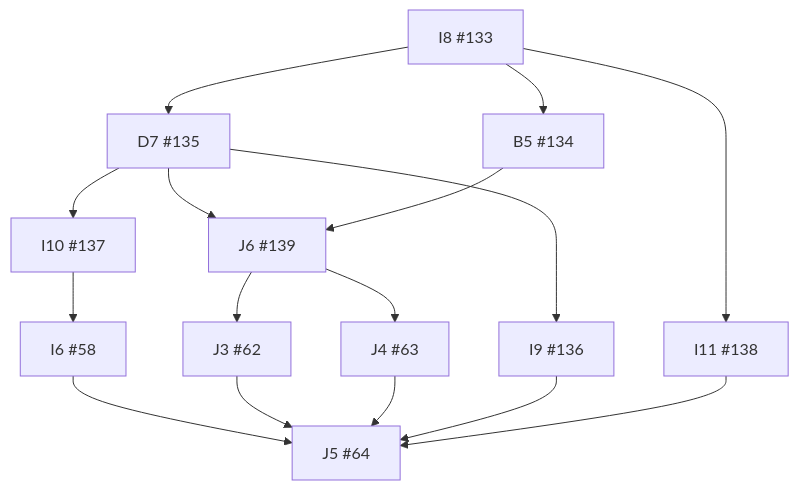
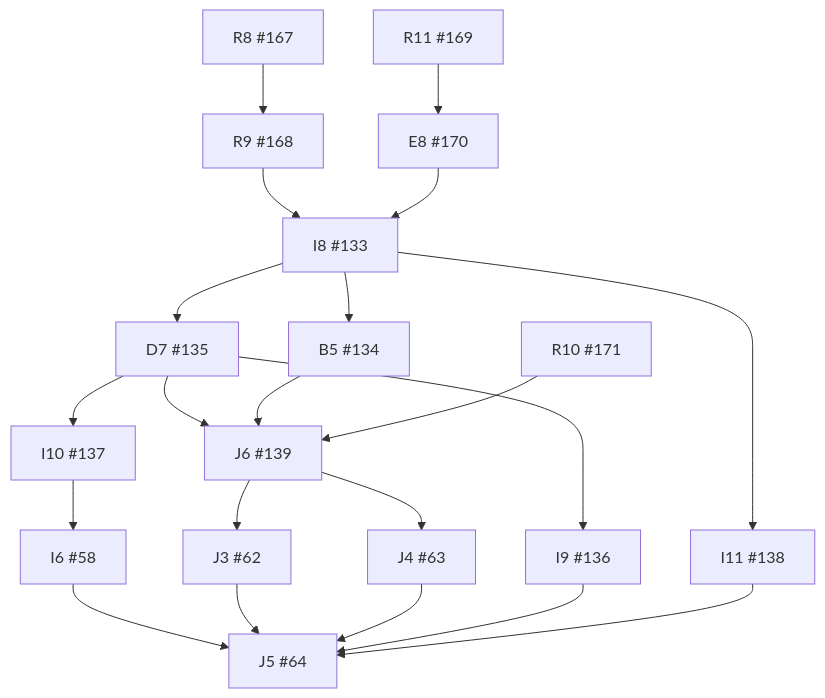
The diagram in docs/implementation/dependency-graph.md (wojtekpiskorz/kiero), drawn with Mermaid before and after one commit. The commit also changed other lines of this file and 9 other files, not shown here.

````diff
--- a/docs/implementation/dependency-graph.md
+++ b/docs/implementation/dependency-graph.md
@@ -9,29 +9,39 @@
 ```mermaid
 flowchart TD
   I6["I6 #58"]
   J3["J3 #62"]
   J4["J4 #63"]
   J5["J5 #64"]
   I8["I8 #133"]
   B5["B5 #134"]
   D7["D7 #135"]
   I9["I9 #136"]
   I10["I10 #137"]
   I11["I11 #138"]
   J6["J6 #139"]
+  R8["R8 #167"]
+  R9["R9 #168"]
+  R11["R11 #169"]
+  E8["E8 #170"]
+  R10["R10 #171"]
   I10 --> I6
   J6 --> J3
   J6 --> J4
   I6 --> J5
   J3 --> J5
   J4 --> J5
   I9 --> J5
   I11 --> J5
+  R9 --> I8
+  E8 --> I8
   I8 --> B5
   I8 --> D7
   D7 --> I9
   D7 --> I10
   I8 --> I11
   D7 --> J6
   B5 --> J6
+  R10 --> J6
+  R8 --> R9
+  R11 --> E8
 ```
````
